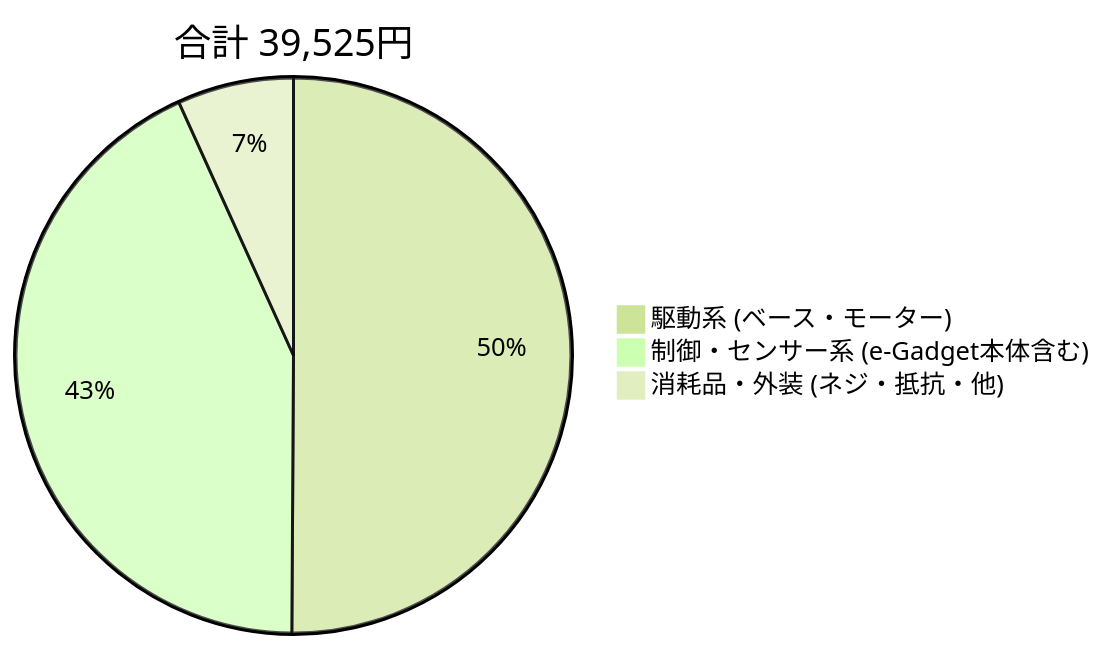
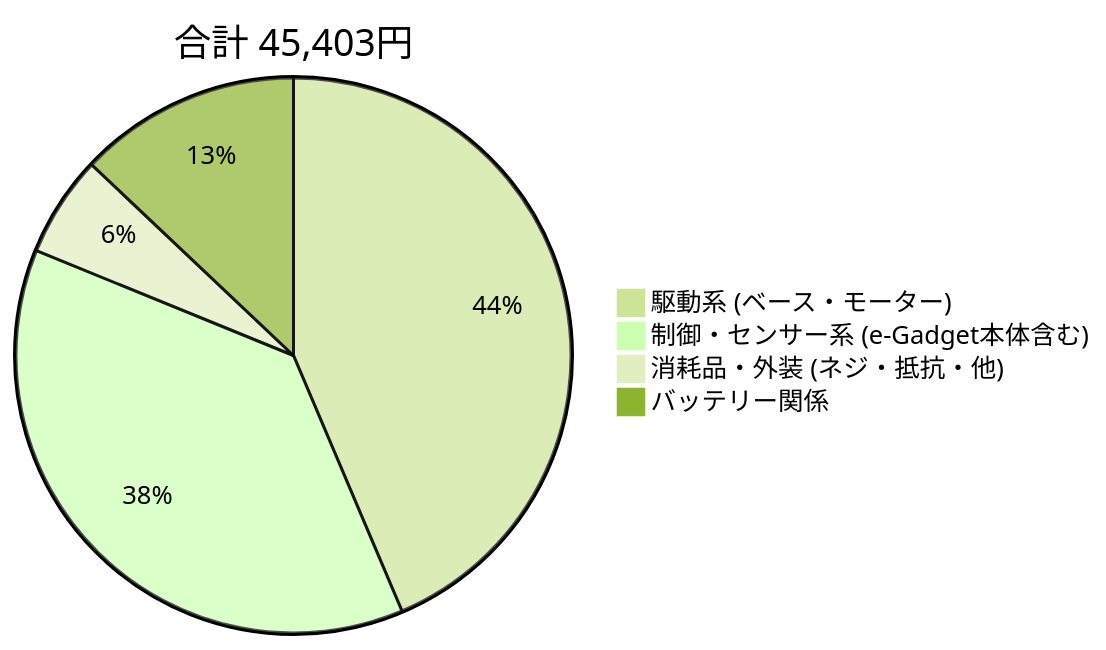
One commit to paruru-05/SC-26 changed the diagram in README.md. Above: the diagram before and after it, drawn with Mermaid (forest theme). The commit also changed other lines of this file, not shown here.

````diff
--- a/README.md
+++ b/README.md
@@ -218,6 +229,7 @@
 ```mermaid
-pie title 合計 39,525円
+pie title 合計 45,403円
     "駆動系 (ベース・モーター)" : 19800
     "制御・センサー系 (e-Gadget本体含む)" : 17050
     "消耗品・外装 (ネジ・抵抗・他)" : 2675
+    "バッテリー関係" : 5878
 ```
````
